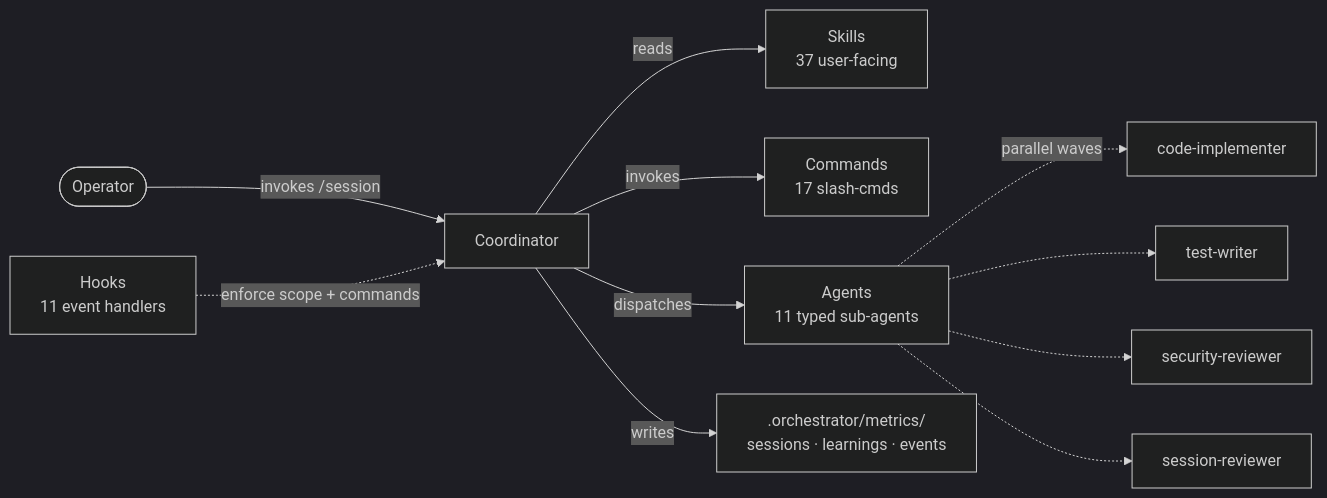
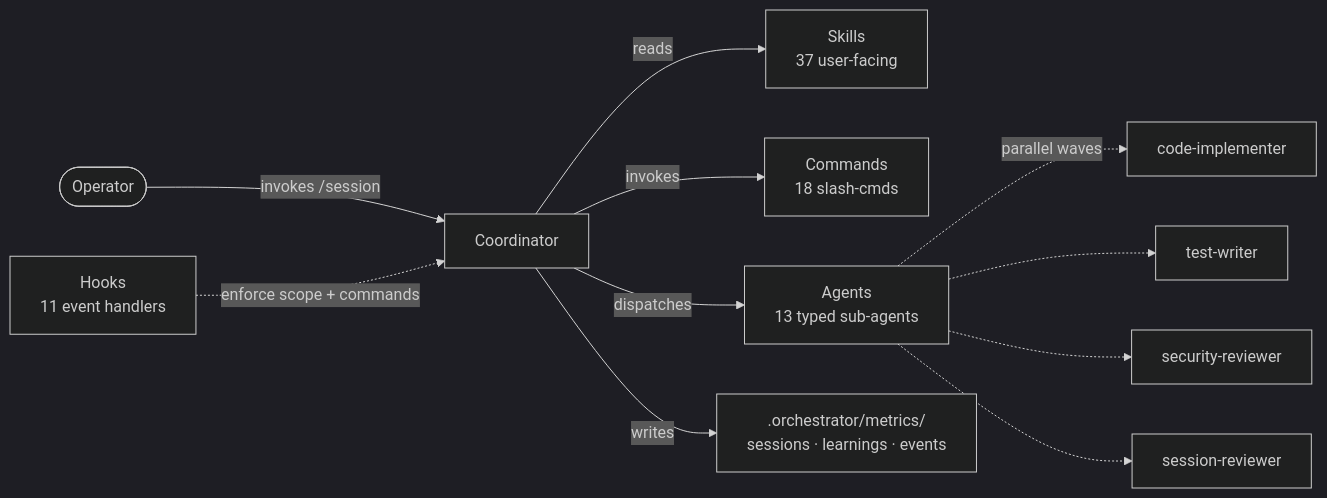
The third of 3 diagrams in README.md (Kanevry/session-orchestrator), drawn with Mermaid (dark theme) before and after one commit. The commit also changed other lines of this file and 4 other files, not shown here.

````diff
--- a/README.md
+++ b/README.md
@@ -176,13 +177,13 @@
 ```mermaid
 flowchart LR
     USER([Operator]) -->|invokes /session| COORD[Coordinator]
     COORD -->|reads| SK[Skills<br/>37 user-facing]
-    COORD -->|invokes| CMD[Commands<br/>17 slash-cmds]
-    COORD -->|dispatches| AG[Agents<br/>11 typed sub-agents]
+    COORD -->|invokes| CMD[Commands<br/>18 slash-cmds]
+    COORD -->|dispatches| AG[Agents<br/>13 typed sub-agents]
     AG -.->|parallel waves| W1[code-implementer]
     AG -.-> W2[test-writer]
     AG -.-> W3[security-reviewer]
     AG -.-> W4[session-reviewer]
     HOOK[Hooks<br/>11 event handlers] -.->|enforce scope + commands| COORD
     COORD -->|writes| METRIC[.orchestrator/metrics/<br/>sessions · learnings · events]
 ```
````
